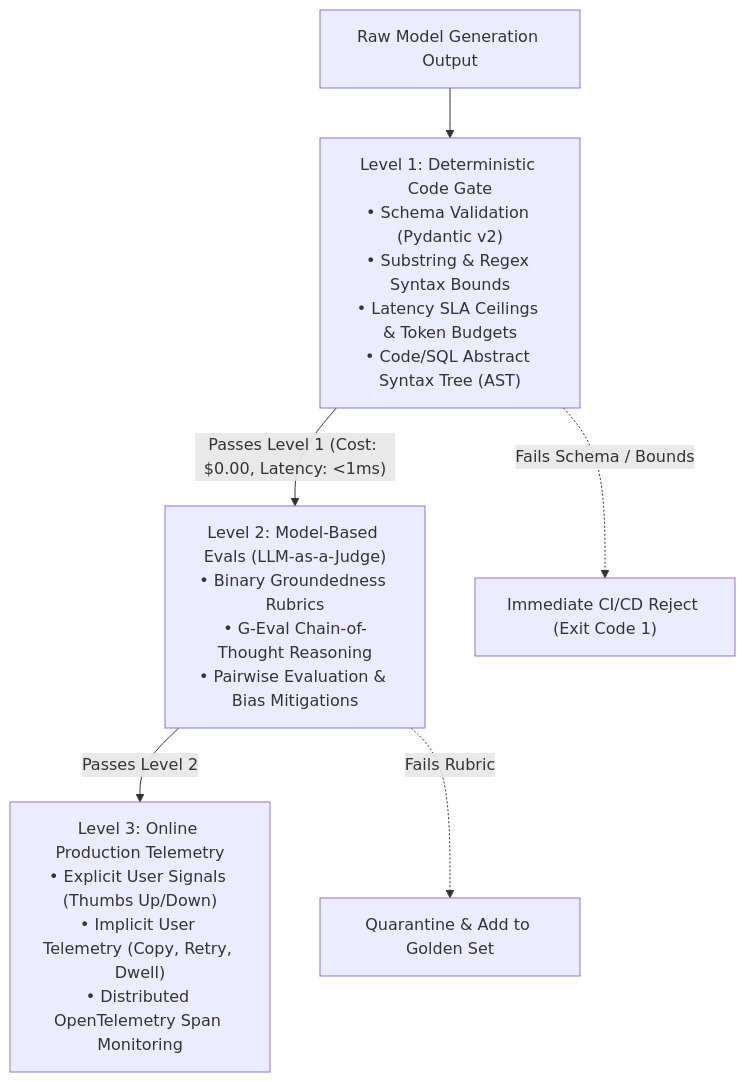
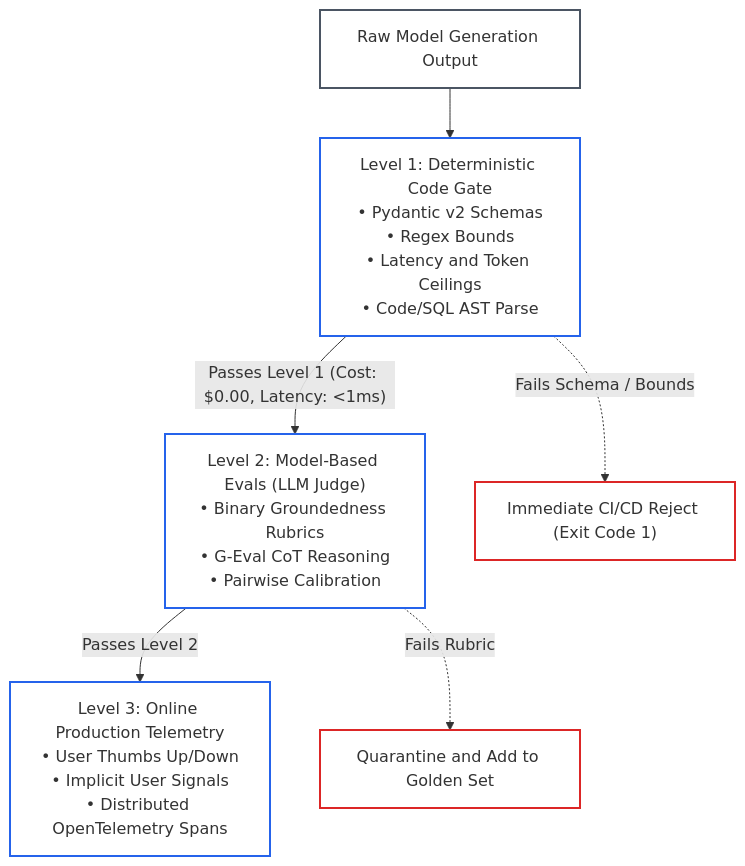
Before and after one commit to dip4k/senior-engineer-to-ai-engineer-roadmap: the first of 2 diagrams in 06-evals-and-observability/01-evaluation-hierarchy-and-deterministic-testing.md, drawn with Mermaid. The commit also changed other lines of this file and 10 other files, not shown here.

First line of the commit message:
refactor(phase-06): modernize evals, observability, and telemetry curriculum

````diff
--- a/06-evals-and-observability/01-evaluation-hierarchy-and-deterministic-testing.md
+++ b/06-evals-and-observability/01-evaluation-hierarchy-and-deterministic-testing.md
@@ -53,12 +57,18 @@
 ```mermaid
 flowchart TD
-    Raw["Raw Model Generation Output"] --> L1["Level 1: Deterministic Code Gate<br/>• Schema Validation (Pydantic v2)<br/>• Substring & Regex Syntax Bounds<br/>• Latency SLA Ceilings & Token Budgets<br/>• Code/SQL Abstract Syntax Tree (AST)"]
+    Raw["Raw Model Generation Output"] --> L1["Level 1: Deterministic Code Gate<br/>• Pydantic v2 Schemas<br/>• Regex Bounds<br/>• Latency and Token Ceilings<br/>• Code/SQL AST Parse"]
     
-    L1 -->|"Passes Level 1 (Cost: $0.00, Latency: &lt;1ms)"| L2["Level 2: Model-Based Evals (LLM-as-a-Judge)<br/>• Binary Groundedness Rubrics<br/>• G-Eval Chain-of-Thought Reasoning<br/>• Pairwise Evaluation & Bias Mitigations"]
+    L1 -->|"Passes Level 1 (Cost: $0.00, Latency: &lt;1ms)"| L2["Level 2: Model-Based Evals (LLM Judge)<br/>• Binary Groundedness Rubrics<br/>• G-Eval CoT Reasoning<br/>• Pairwise Calibration"]
     
     L1 -.->|"Fails Schema / Bounds"| Reject1["Immediate CI/CD Reject (Exit Code 1)"]
     
-    L2 -->|"Passes Level 2"| L3["Level 3: Online Production Telemetry<br/>• Explicit User Signals (Thumbs Up/Down)<br/>• Implicit User Telemetry (Copy, Retry, Dwell)<br/>• Distributed OpenTelemetry Span Monitoring"]
+    L2 -->|"Passes Level 2"| L3["Level 3: Online Production Telemetry<br/>• User Thumbs Up/Down<br/>• Implicit User Signals<br/>• Distributed OpenTelemetry Spans"]
     
-    L2 -.->|"Fails Rubric"| Reject2["Quarantine & Add to Golden Set"]
+    L2 -.->|"Fails Rubric"| Reject2["Quarantine and Add to Golden Set"]
+
+    classDef default stroke:#4b5563,stroke-width:2px,fill:none;
+    classDef gate stroke:#2563eb,stroke-width:2px,fill:none;
+    classDef reject stroke:#dc2626,stroke-width:2px,fill:none;
+    class L1,L2,L3 gate;
+    class Reject1,Reject2 reject;
 ```
````
